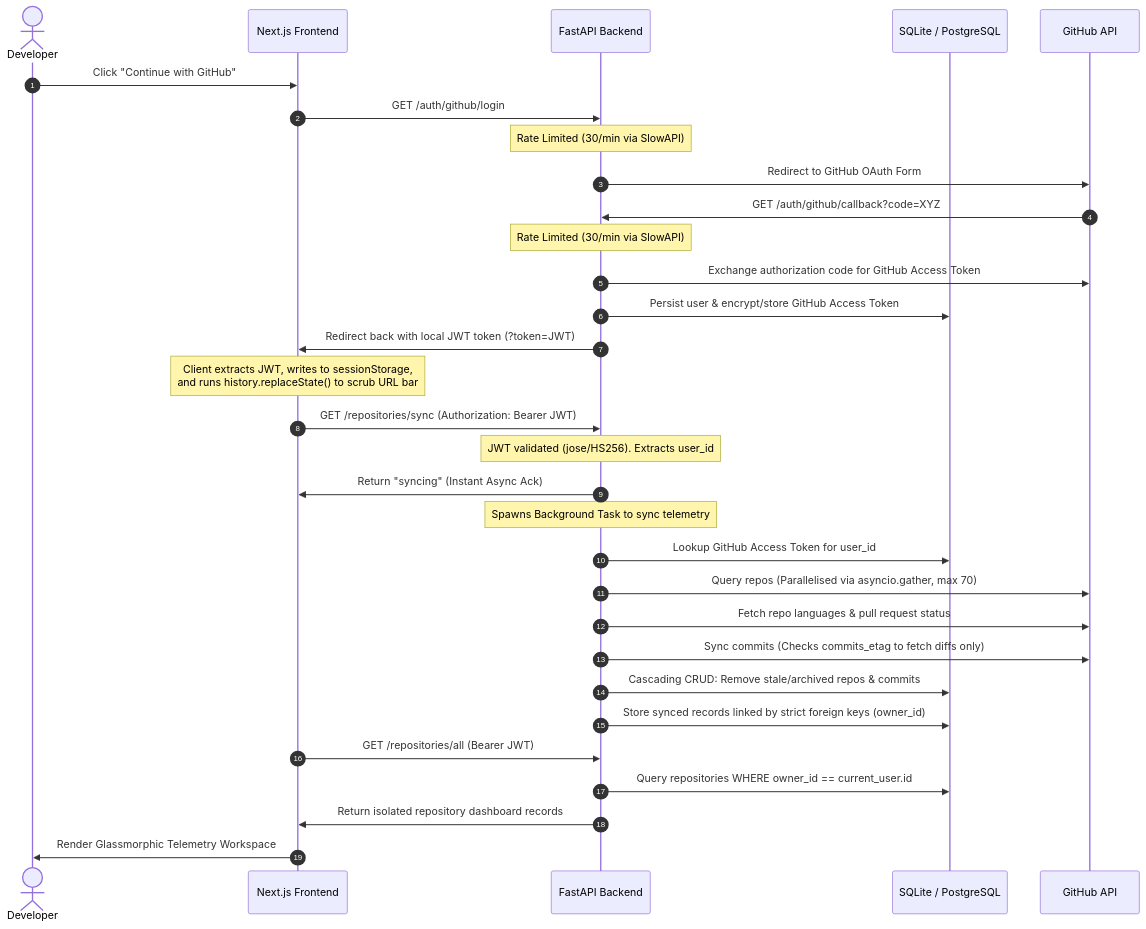
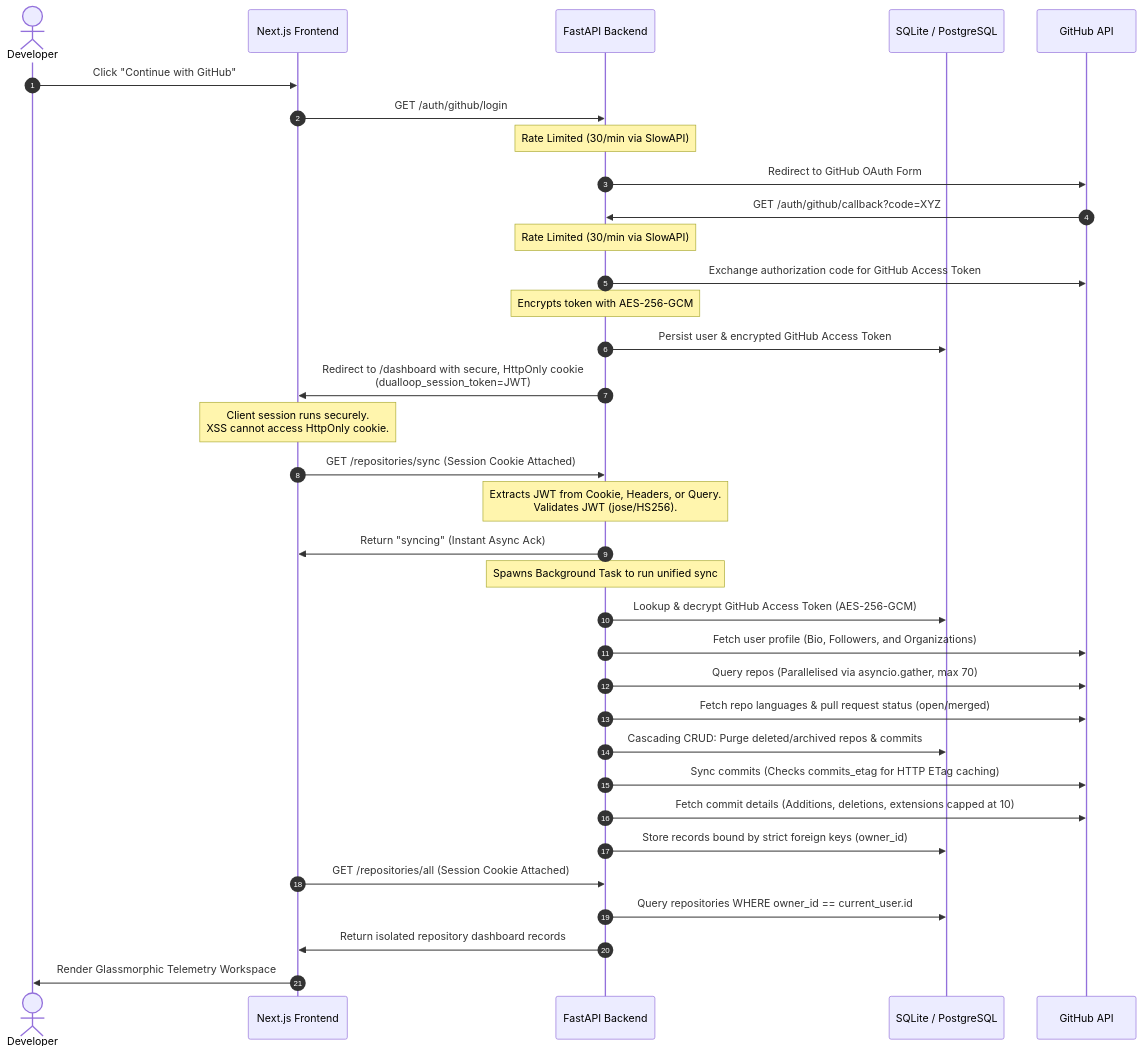
Before and after one commit to deepakkumarmajhi-git/dualloop: the diagram in README.md, drawn with Mermaid. The commit also changed other lines of this file and 1 other file, not shown here.

Commit message:
updated architecture

````diff
--- a/README.md
+++ b/README.md
@@ -14,38 +14,41 @@
 ```mermaid
 sequenceDiagram
     autonumber
     actor Dev as Developer
     participant FE as Next.js Frontend
     participant BE as FastAPI Backend
     participant DB as SQLite / PostgreSQL
     participant GH as GitHub API
 
     Dev->>FE: Click "Continue with GitHub"
     FE->>BE: GET /auth/github/login
     Note over BE: Rate Limited (30/min via SlowAPI)
     BE->>GH: Redirect to GitHub OAuth Form
     GH->>BE: GET /auth/github/callback?code=XYZ
     Note over BE: Rate Limited (30/min via SlowAPI)
     BE->>GH: Exchange authorization code for GitHub Access Token
-    BE->>DB: Persist user & encrypt/store GitHub Access Token
-    BE->>FE: Redirect back with local JWT token (?token=JWT)
+    Note over BE: Encrypts token with AES-256-GCM
+    BE->>DB: Persist user & encrypted GitHub Access Token
+    BE->>FE: Redirect to /dashboard with secure, HttpOnly cookie<br/>(dualloop_session_token=JWT)
     
-    Note over FE: Client extracts JWT, writes to sessionStorage,<br/>and runs history.replaceState() to scrub URL bar
+    Note over FE: Client session runs securely.<br/>XSS cannot access HttpOnly cookie.
     
-    FE->>BE: GET /repositories/sync (Authorization: Bearer JWT)
-    Note over BE: JWT validated (jose/HS256). Extracts user_id
+    FE->>BE: GET /repositories/sync (Session Cookie Attached)
+    Note over BE: Extracts JWT from Cookie, Headers, or Query.<br/>Validates JWT (jose/HS256).
     BE->>FE: Return "syncing" (Instant Async Ack)
     
-    Note over BE: Spawns Background Task to sync telemetry
-    BE->>DB: Lookup GitHub Access Token for user_id
+    Note over BE: Spawns Background Task to run unified sync
+    BE->>DB: Lookup & decrypt GitHub Access Token (AES-256-GCM)
+    BE->>GH: Fetch user profile (Bio, Followers, and Organizations)
     BE->>GH: Query repos (Parallelised via asyncio.gather, max 70)
-    BE->>GH: Fetch repo languages & pull request status
-    BE->>GH: Sync commits (Checks commits_etag to fetch diffs only)
-    BE->>DB: Cascading CRUD: Remove stale/archived repos & commits
-    BE->>DB: Store synced records linked by strict foreign keys (owner_id)
+    BE->>GH: Fetch repo languages & pull request status (open/merged)
+    BE->>DB: Cascading CRUD: Purge deleted/archived repos & commits
+    BE->>GH: Sync commits (Checks commits_etag for HTTP ETag caching)
+    BE->>GH: Fetch commit details (Additions, deletions, extensions capped at 10)
+    BE->>DB: Store records bound by strict foreign keys (owner_id)
     
-    FE->>BE: GET /repositories/all (Bearer JWT)
+    FE->>BE: GET /repositories/all (Session Cookie Attached)
     BE->>DB: Query repositories WHERE owner_id == current_user.id
     BE->>FE: Return isolated repository dashboard records
     FE->>Dev: Render Glassmorphic Telemetry Workspace
 ```
````
